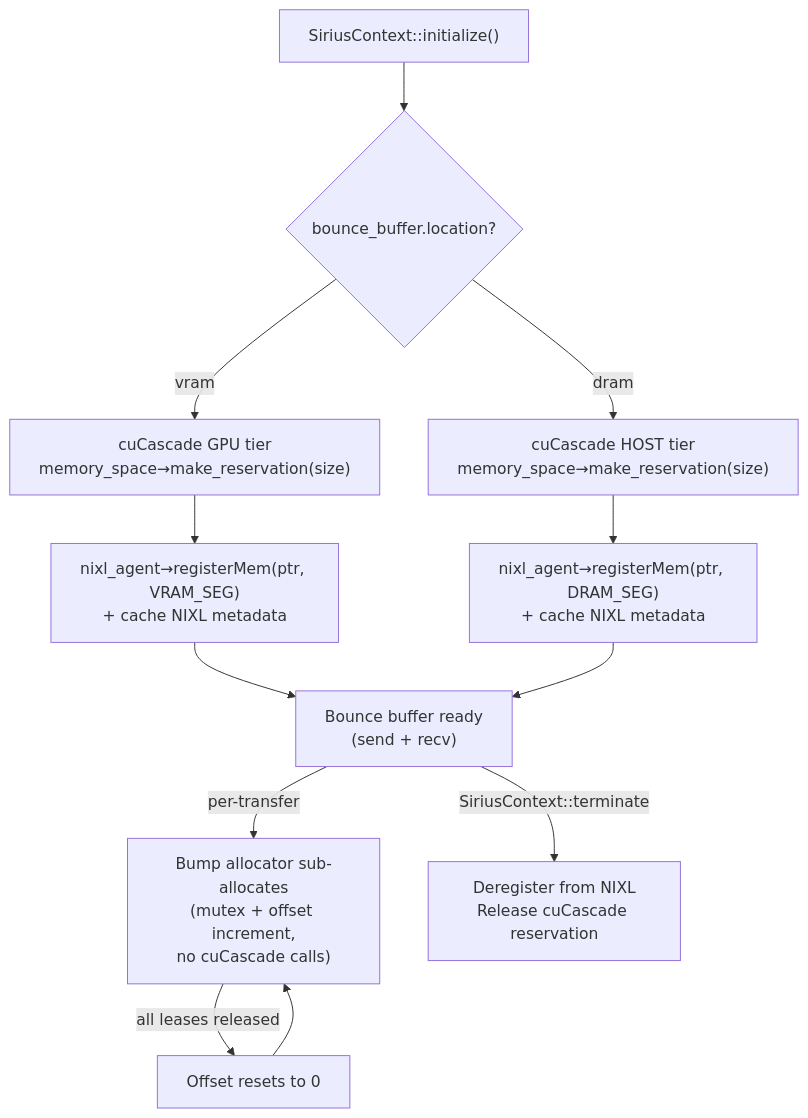
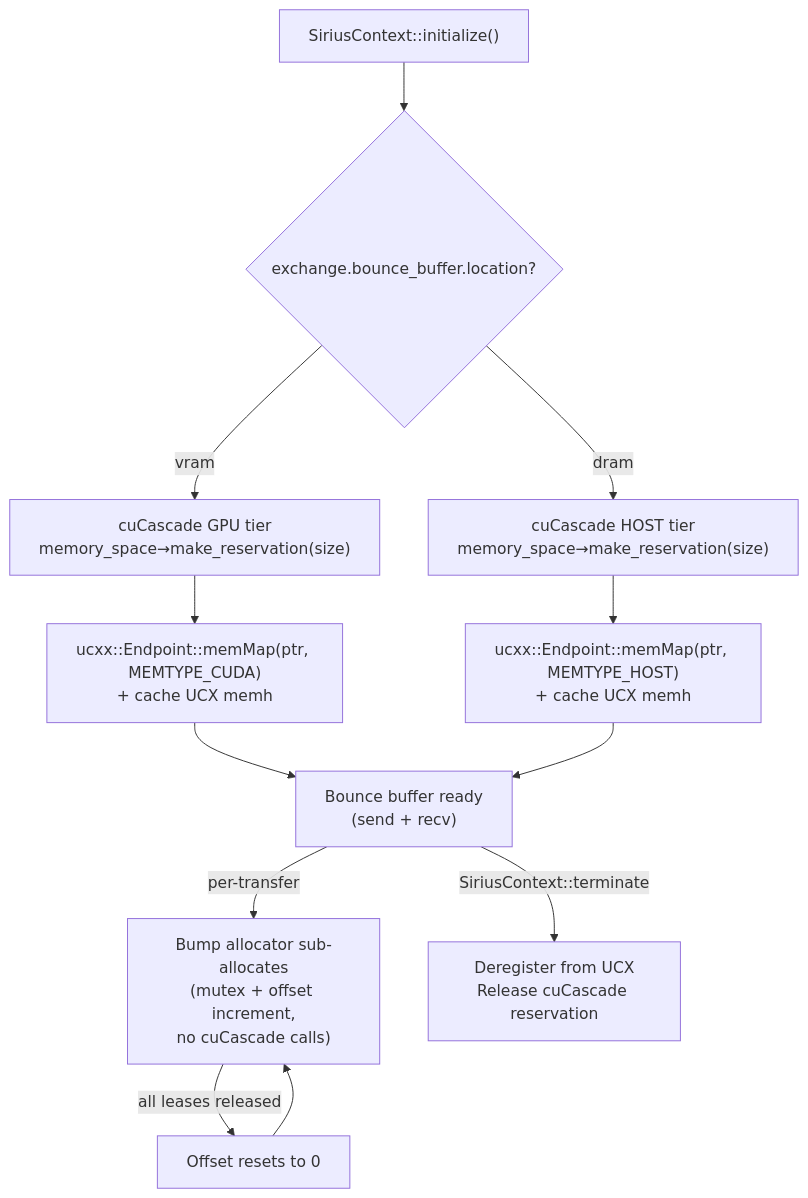
One commit to sirius-db/sirius changed the third of 7 diagrams in docs/super-sirius/exchange-integration.md. Above: the diagram before and after it, drawn with Mermaid. The commit also changed other lines of this file, not shown here.

First line of the commit message:
docs: clarify exchange design with sender/receiver flows

````diff
--- a/docs/super-sirius/exchange-integration.md
+++ b/docs/super-sirius/exchange-integration.md
@@ -414,20 +433,20 @@
 ```mermaid
 flowchart TD
     INIT["SiriusContext::initialize()"]
-    INIT --> CHECK{bounce_buffer.location?}
+    INIT --> CHECK{exchange.bounce_buffer.location?}
 
     CHECK -->|vram| GPU_ALLOC["cuCascade GPU tier\nmemory_space→make_reservation(size)"]
     CHECK -->|dram| HOST_ALLOC["cuCascade HOST tier\nmemory_space→make_reservation(size)"]
 
-    GPU_ALLOC --> GPU_REG["nixl_agent→registerMem(ptr, VRAM_SEG)\n+ cache NIXL metadata"]
-    HOST_ALLOC --> HOST_REG["nixl_agent→registerMem(ptr, DRAM_SEG)\n+ cache NIXL metadata"]
+    GPU_ALLOC --> GPU_REG["ucxx::Endpoint::memMap(ptr, MEMTYPE_CUDA)\n+ cache UCX memh"]
+    HOST_ALLOC --> HOST_REG["ucxx::Endpoint::memMap(ptr, MEMTYPE_HOST)\n+ cache UCX memh"]
 
     GPU_REG --> READY["Bounce buffer ready\n(send + recv)"]
     HOST_REG --> READY
 
     READY -->|per-transfer| BUMP["Bump allocator sub-allocates\n(mutex + offset increment,\nno cuCascade calls)"]
     BUMP -->|all leases released| RESET["Offset resets to 0"]
     RESET --> BUMP
 
-    READY -->|SiriusContext::terminate| CLEANUP["Deregister from NIXL\nRelease cuCascade reservation"]
+    READY -->|SiriusContext::terminate| CLEANUP["Deregister from UCX\nRelease cuCascade reservation"]
 ```
````
